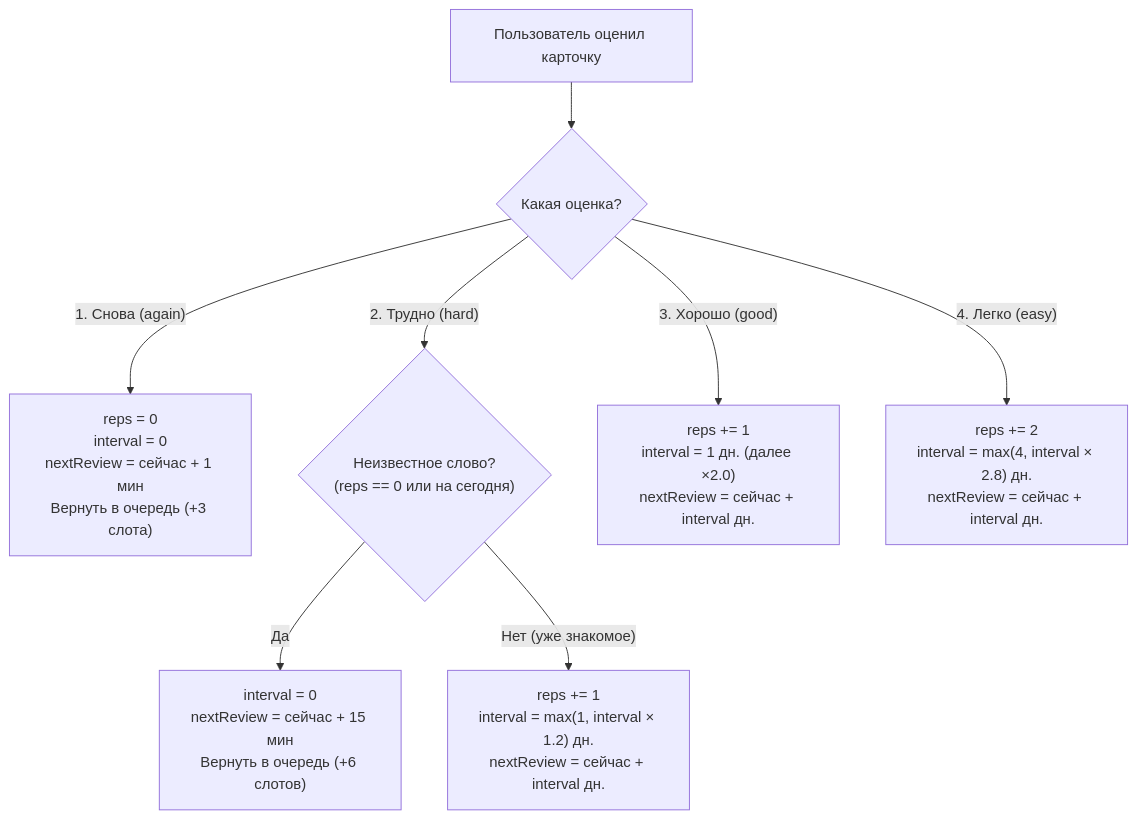
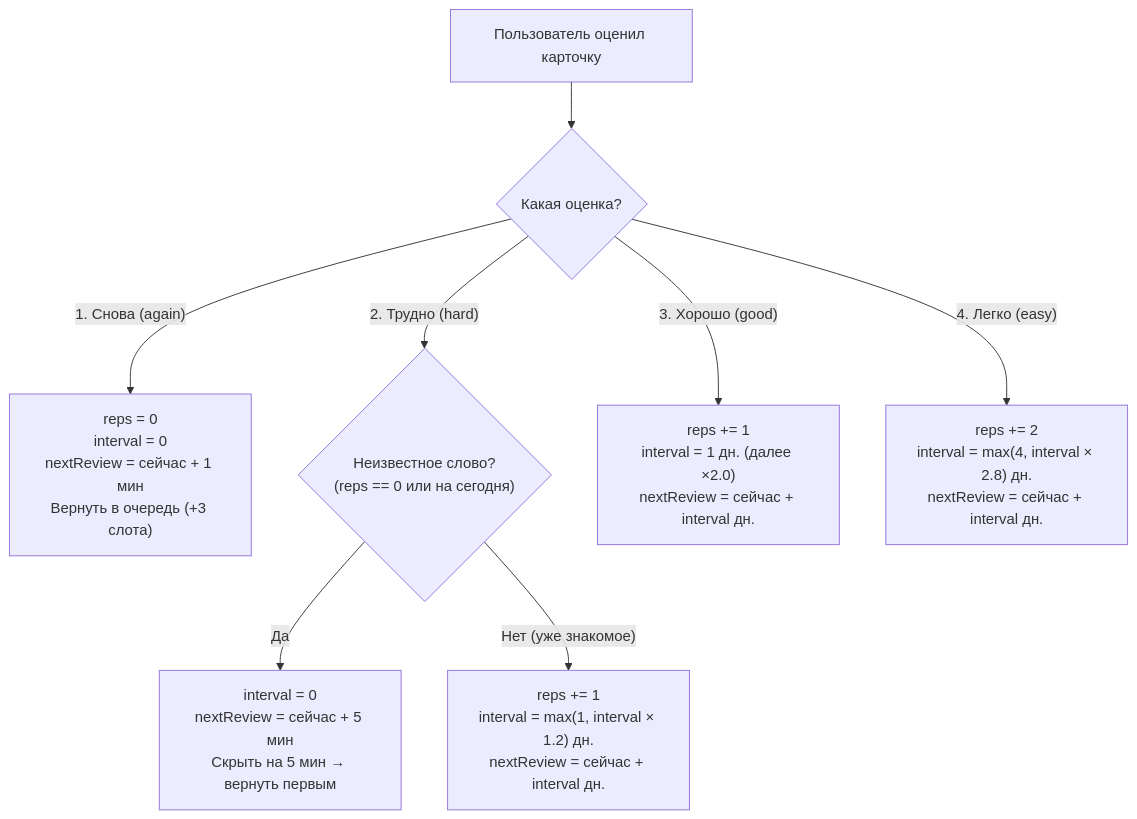
One commit to an2ancan/anki changed the third of 5 diagrams in ARCHITECTURE.md. Above: the diagram before and after it, drawn with Mermaid. The commit also changed other lines of this file and 9 other files, not shown here.

````diff
--- a/ARCHITECTURE.md
+++ b/ARCHITECTURE.md
@@ -169,14 +174,14 @@
 ```mermaid
 flowchart TD
   Start["Пользователь оценил карточку"] --> Check{"Какая оценка?"}
 
   Check -->|"1. Снова (again)"| Again["reps = 0<br/>interval = 0<br/>nextReview = сейчас + 1 мин<br/>Вернуть в очередь (+3 слота)"]
 
   Check -->|"2. Трудно (hard)"| IsUnk{"Неизвестное слово?<br/>(reps == 0 или на сегодня)"}
-  IsUnk -->|"Да"| HardUnk["interval = 0<br/>nextReview = сейчас + 15 мин<br/>Вернуть в очередь (+6 слотов)"]
+  IsUnk -->|"Да"| HardUnk["interval = 0<br/>nextReview = сейчас + 5 мин<br/>Скрыть на 5 мин → вернуть первым"]
   IsUnk -->|"Нет (уже знакомое)"| HardKnown["reps += 1<br/>interval = max(1, interval × 1.2) дн.<br/>nextReview = сейчас + interval дн."]
 
   Check -->|"3. Хорошо (good)"| Good["reps += 1<br/>interval = 1 дн. (далее ×2.0)<br/>nextReview = сейчас + interval дн."]
 
   Check -->|"4. Легко (easy)"| Easy["reps += 2<br/>interval = max(4, interval × 2.8) дн.<br/>nextReview = сейчас + interval дн."]
 ```
````
